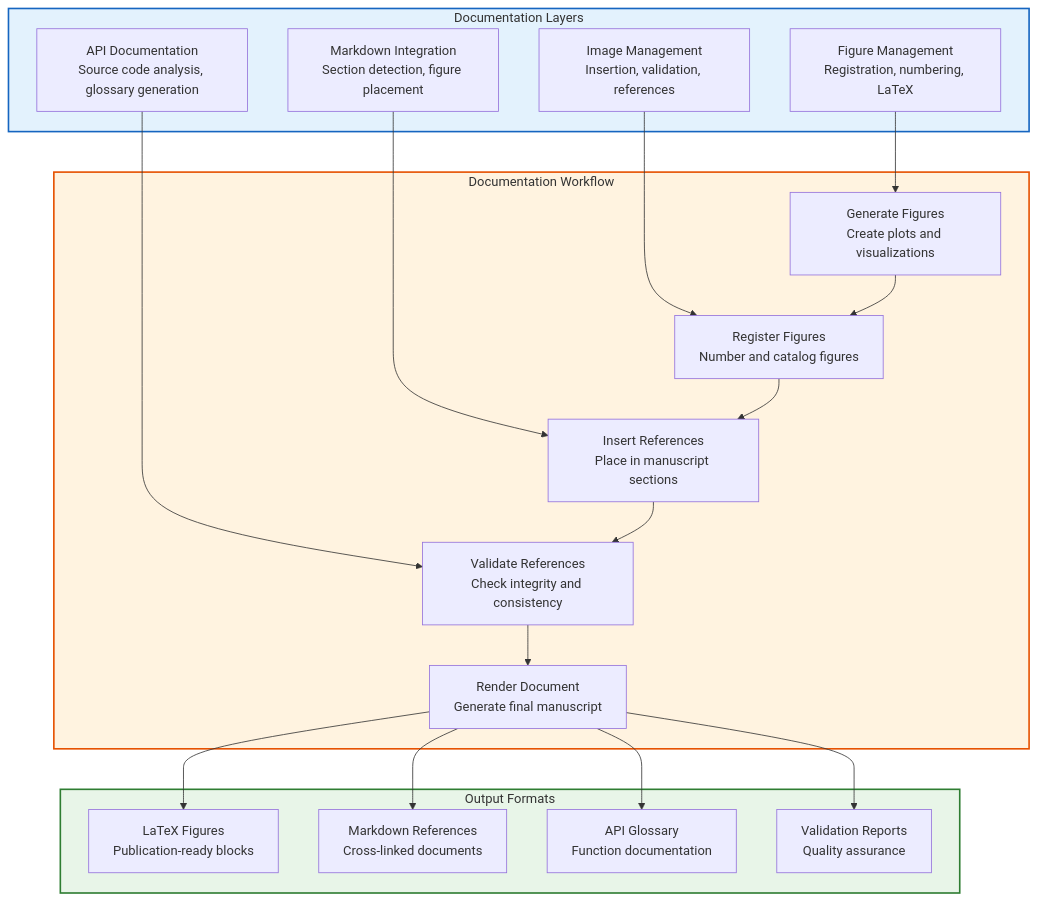
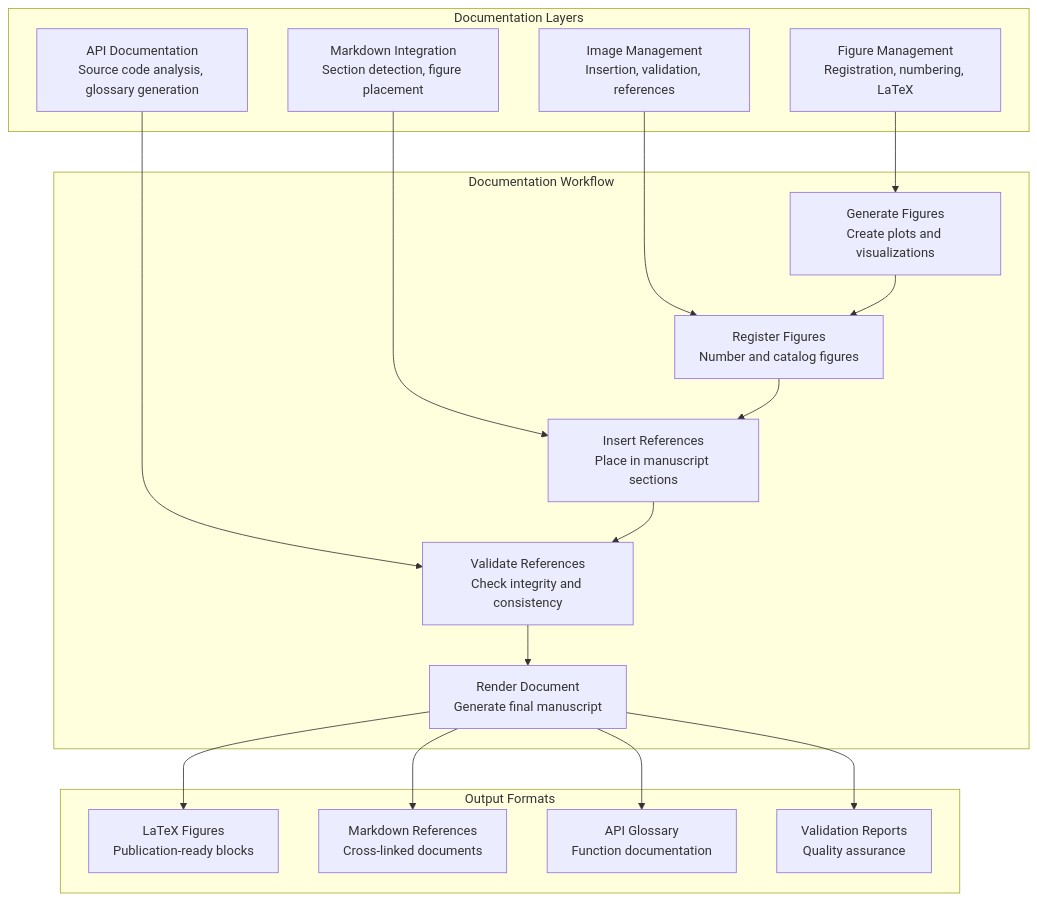
The first of 3 diagrams in infrastructure/documentation/README.md (docxology/template), drawn with Mermaid before and after one commit. The commit also changed other lines of this file and 243 other files, not shown here.

````diff
--- a/infrastructure/documentation/README.md
+++ b/infrastructure/documentation/README.md
@@ -7,47 +7,43 @@
 ```mermaid
 graph TD
     subgraph DocumentationLayers["Documentation Layers"]
         FIGURE[Figure Management<br/>Registration, numbering, LaTeX]
         IMAGE[Image Management<br/>Insertion, validation, references]
         MARKDOWN[Markdown Integration<br/>Section detection, figure placement]
         API[API Documentation<br/>Source code analysis, glossary generation]
     end
 
     subgraph DocumentationWorkflow["Documentation Workflow"]
         GENERATE[Generate Figures<br/>Create plots and visualizations]
         REGISTER[Register Figures<br/>Number and catalog figures]
         INSERT[Insert References<br/>Place in manuscript sections]
         VALIDATE[Validate References<br/>Check integrity and consistency]
         RENDER[Render Document<br/>Generate final manuscript]
     end
 
     subgraph DocumentationOutput["Output Formats"]
         LATEX[LaTeX Figures<br/>Publication-ready blocks]
         MARKDOWN_MD[Markdown References<br/>Cross-linked documents]
         GLOSSARY[API Glossary<br/>Function documentation]
         REPORTS[Validation Reports<br/>Quality assurance]
     end
 
     FIGURE --> GENERATE
     IMAGE --> REGISTER
     MARKDOWN --> INSERT
     API --> VALIDATE
 
     GENERATE --> REGISTER
     REGISTER --> INSERT
     INSERT --> VALIDATE
     VALIDATE --> RENDER
 
     RENDER --> LATEX
     RENDER --> MARKDOWN_MD
     RENDER --> GLOSSARY
     RENDER --> REPORTS
 
-    classDef layers fill:#e3f2fd,stroke:#1565c0,stroke-width:2px
-    classDef workflow fill:#fff3e0,stroke:#e65100,stroke-width:2px
-    classDef output fill:#e8f5e8,stroke:#2e7d32,stroke-width:2px
-
     class DocumentationLayers layers
     class DocumentationWorkflow workflow
     class DocumentationOutput output
 ```
````
